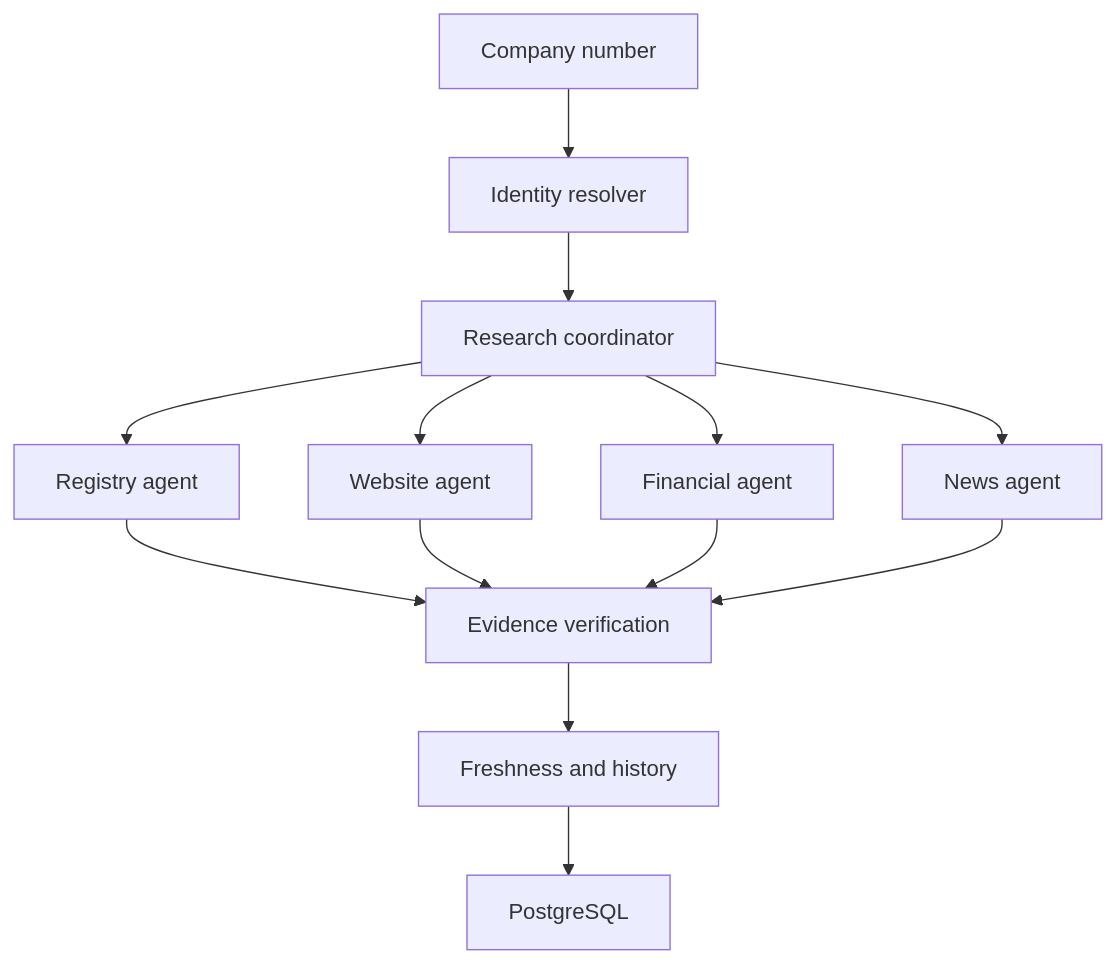
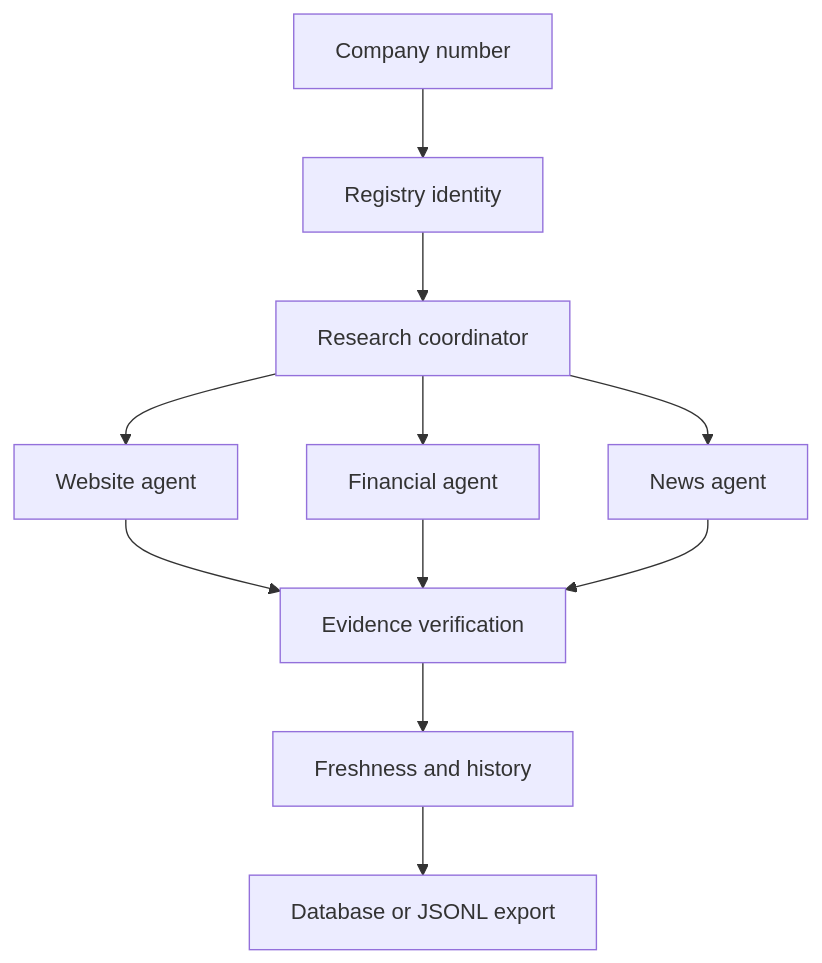
One commit to Sayandevxyz/Signalpost-AI changed the diagram in README.md. Above: the diagram before and after it, drawn with Mermaid. The commit also changed other lines of this file and 9 other files, not shown here.

````diff
--- a/README.md
+++ b/README.md
@@ -9,15 +9,13 @@
 ```mermaid
 flowchart TD
- A[Company number] --> B[Identity resolver]
+ A[Company number] --> B[Registry identity]
  B --> C[Research coordinator]
- C --> D[Registry agent]
- C --> E[Website agent]
- C --> F[Financial agent]
- C --> G[News agent]
- D --> H[Evidence verification]
- E --> H
- F --> H
- G --> H
- H --> I[Freshness and history]
- I --> J[PostgreSQL]
+ C --> D[Website agent]
+ C --> E[Financial agent]
+ C --> F[News agent]
+ D --> G[Evidence verification]
+ E --> G
+ F --> G
+ G --> H[Freshness and history]
+ H --> I[Database or JSONL export]
 ```
````
